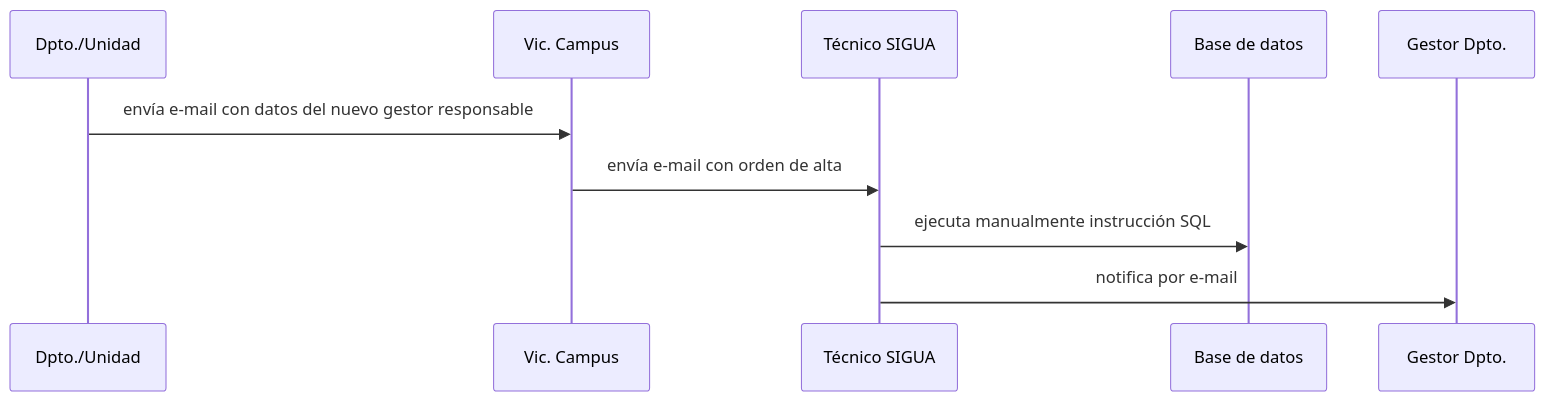
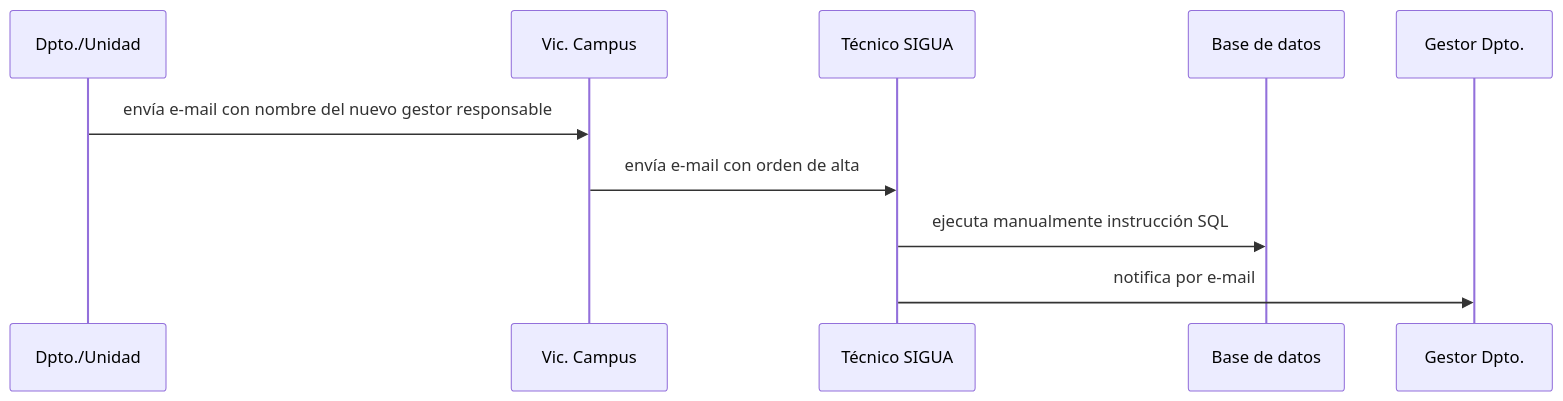
One commit to labgeo/ua-mods changed the diagram in ds05.md. Above: the diagram before and after it, drawn with Mermaid.

```diff
--- a/ds05.md
+++ b/ds05.md
@@ -5,7 +5,7 @@
 {% mermaid %}
 sequenceDiagram;
-  Dpto./Unidad->>Vic. Campus: envía e-mail con datos del nuevo gestor responsable;
+  Dpto./Unidad->>Vic. Campus: envía e-mail con nombre del nuevo gestor responsable;
   Vic. Campus->>Técnico SIGUA: envía e-mail con orden de alta;
   Técnico SIGUA->>Base de datos: ejecuta manualmente instrucción SQL;
   Técnico SIGUA->>Gestor Dpto.: notifica por e-mail;
 {% endmermaid %}
```
